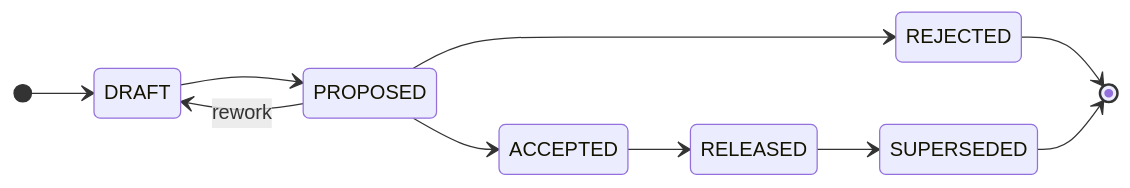
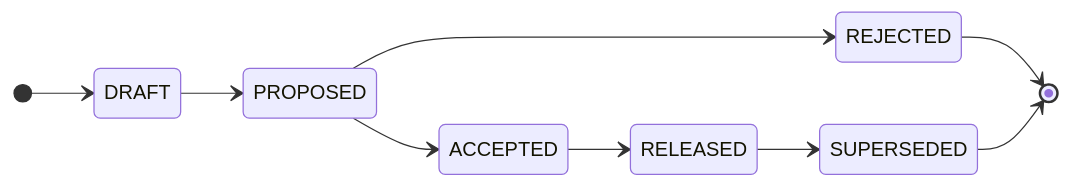
The diagram in CONTRIBUTING.md (kieranpotts/specs), drawn with Mermaid before and after one commit. The commit also changed other lines of this file and 3 other files, not shown here.

Commit message:
chore: remove proposed -> draft transition

````diff
--- a/CONTRIBUTING.md
+++ b/CONTRIBUTING.md
@@ -83,13 +65,12 @@
 ```mermaid
 stateDiagram-v2
   direction LR
   [*] --> DRAFT
   DRAFT --> PROPOSED
-  PROPOSED --> DRAFT: rework
   PROPOSED --> ACCEPTED
   PROPOSED --> REJECTED
   ACCEPTED --> RELEASED
   RELEASED --> SUPERSEDED
   REJECTED --> [*]
   SUPERSEDED --> [*]
 ```
````
